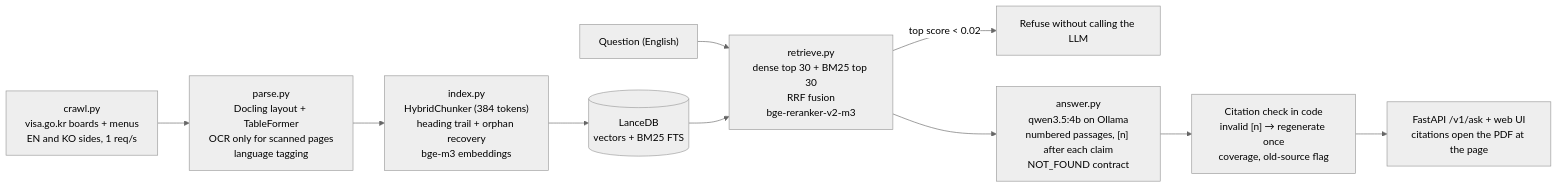
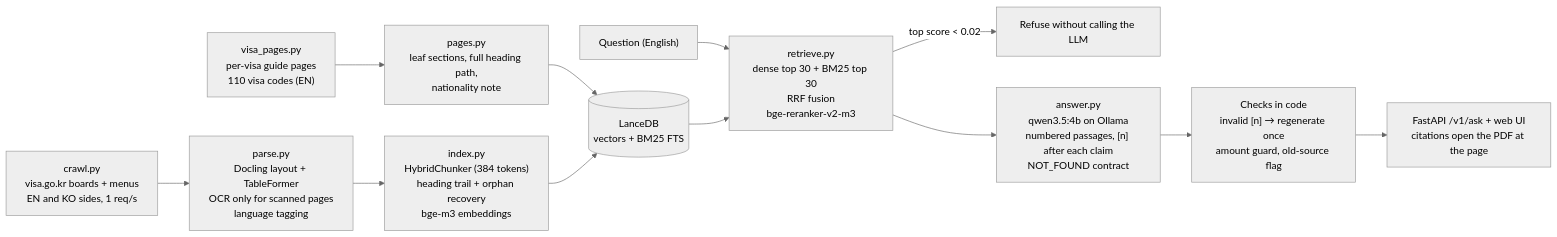
The diagram in README.md (Nodir0705/korea-visa-rag), drawn with Mermaid (neutral theme) before and after one commit. The commit also changed other lines of this file and 36 other files, not shown here.

````diff
--- a/README.md
+++ b/README.md
@@ -49,12 +54,14 @@
 ```mermaid
 flowchart LR
+    P["visa_pages.py<br/>per-visa guide pages<br/>110 visa codes (EN)"] --> PC["pages.py<br/>leaf sections, full heading path,<br/>nationality note"]
+    PC --> D
     A["crawl.py<br/>visa.go.kr boards + menus<br/>EN and KO sides, 1 req/s"] --> B["parse.py<br/>Docling layout + TableFormer<br/>OCR only for scanned pages<br/>language tagging"]
     B --> C["index.py<br/>HybridChunker (384 tokens)<br/>heading trail + orphan recovery<br/>bge-m3 embeddings"]
     C --> D[("LanceDB<br/>vectors + BM25 FTS")]
     Q["Question (English)"] --> R["retrieve.py<br/>dense top 30 + BM25 top 30<br/>RRF fusion<br/>bge-reranker-v2-m3"]
     D --> R
     R -->|"top score < 0.02"| X["Refuse without calling the LLM"]
     R --> G["answer.py<br/>qwen3.5:4b on Ollama<br/>numbered passages, [n] after each claim<br/>NOT_FOUND contract"]
-    G --> V["Citation check in code<br/>invalid [n] → regenerate once<br/>coverage, old-source flag"]
+    G --> V["Checks in code<br/>invalid [n] → regenerate once<br/>amount guard, old-source flag"]
     V --> API["FastAPI /v1/ask + web UI<br/>citations open the PDF at the page"]
 ```
````
